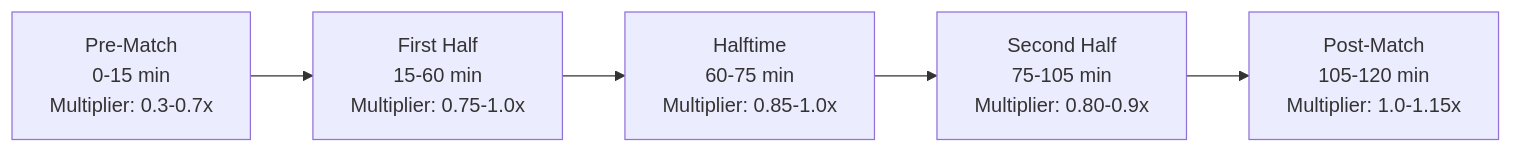
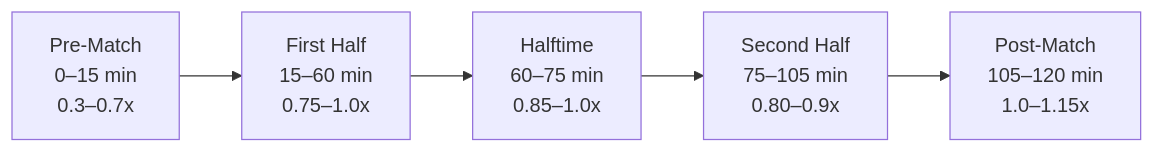
Before and after one commit to dpkpaswan/flowmind-ai: the third of 3 diagrams in README.md, drawn with Mermaid. The commit also changed other lines of this file, not shown here.

````diff
--- a/README.md
+++ b/README.md
@@ -148,10 +160,10 @@
 ```mermaid
 graph LR
-    P1["Pre-Match\n0-15 min\nMultiplier: 0.3-0.7x"]
-    P2["First Half\n15-60 min\nMultiplier: 0.75-1.0x"]
-    P3["Halftime\n60-75 min\nMultiplier: 0.85-1.0x"]
-    P4["Second Half\n75-105 min\nMultiplier: 0.80-0.9x"]
-    P5["Post-Match\n105-120 min\nMultiplier: 1.0-1.15x"]
+    P1["Pre-Match\n0–15 min\n0.3–0.7x"]
+    P2["First Half\n15–60 min\n0.75–1.0x"]
+    P3["Halftime\n60–75 min\n0.85–1.0x"]
+    P4["Second Half\n75–105 min\n0.80–0.9x"]
+    P5["Post-Match\n105–120 min\n1.0–1.15x"]
 
     P1 --> P2 --> P3 --> P4 --> P5
 ```
````
